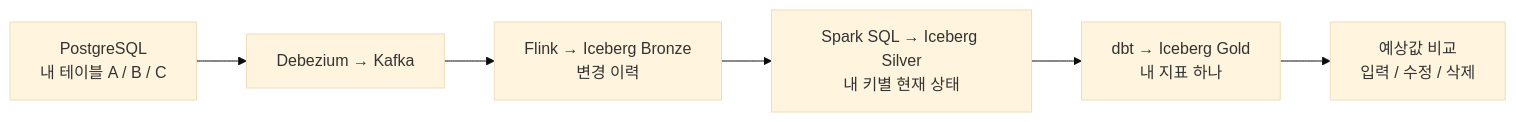
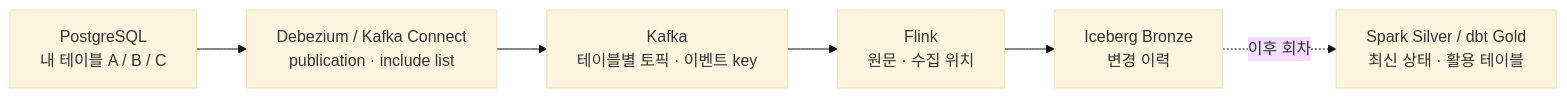
The third of 3 diagrams in labs/session01/architecture.md (kim-dabin/cdc-lakehouse-study), drawn with Mermaid (base theme) before and after one commit. The commit also changed other lines of this file and 15 other files, not shown here.

````diff
--- a/labs/session01/architecture.md
+++ b/labs/session01/architecture.md
@@ -91,8 +88,8 @@
 ```mermaid
 flowchart LR
-  source[PostgreSQL<br/>내 테이블 A / B / C] --> cdc[Debezium → Kafka]
-  cdc --> flink[Flink → Iceberg Bronze<br/>변경 이력]
-  flink --> silver[Spark SQL → Iceberg Silver<br/>내 키별 현재 상태]
-  silver --> gold[dbt → Iceberg Gold<br/>내 지표 하나]
-  gold --> check[예상값 비교<br/>입력 / 수정 / 삭제]
+  source[PostgreSQL<br/>내 테이블 A / B / C] --> cdc[Debezium / Kafka Connect<br/>publication · include list]
+  cdc --> kafka[Kafka<br/>테이블별 토픽 · 이벤트 key]
+  kafka --> flink[Flink<br/>원문 · 수집 위치]
+  flink --> bronze[Iceberg Bronze<br/>변경 이력]
+  bronze -. 이후 회차 .-> downstream[Spark Silver / dbt Gold<br/>최신 상태 · 활용 테이블]
 ```
````
